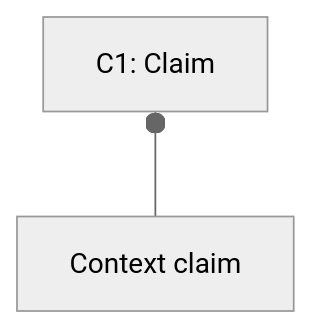
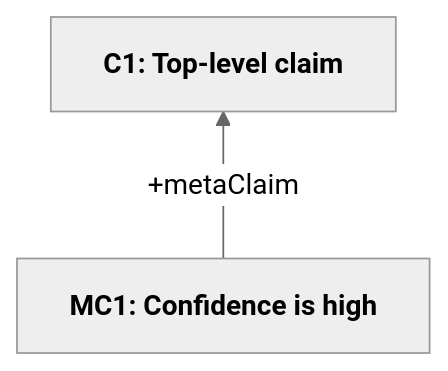
Before and after one commit to coreinfrastructure/best-practices-badge: diagram 11 of 18 in docs/sacm-mermaid.md, drawn with Mermaid. The commit also changed other lines of this file, not shown here.

First line of the commit message:
Sacm mermaid improvements (#2725)

````diff
--- a/docs/sacm-mermaid.md
+++ b/docs/sacm-mermaid.md
@@ -751,16 +1077,16 @@
 ```mermaid
 ---
 config:
   theme: neutral
   flowchart:
     curve: linear
     htmlLabels: true
     rankSpacing: 60
     nodeSpacing: 45
     padding: 15
 ---
 flowchart BT
-    CTX["Context claim"]
-    C1["C1: Claim"]
-    CTX --o C1
+    C1["<b>C1: Top-level claim<b>"]
+    MC1["<b>MC1: Confidence is high<b>"]
+    MC1 -->|+metaClaim| C1
 ```
````
